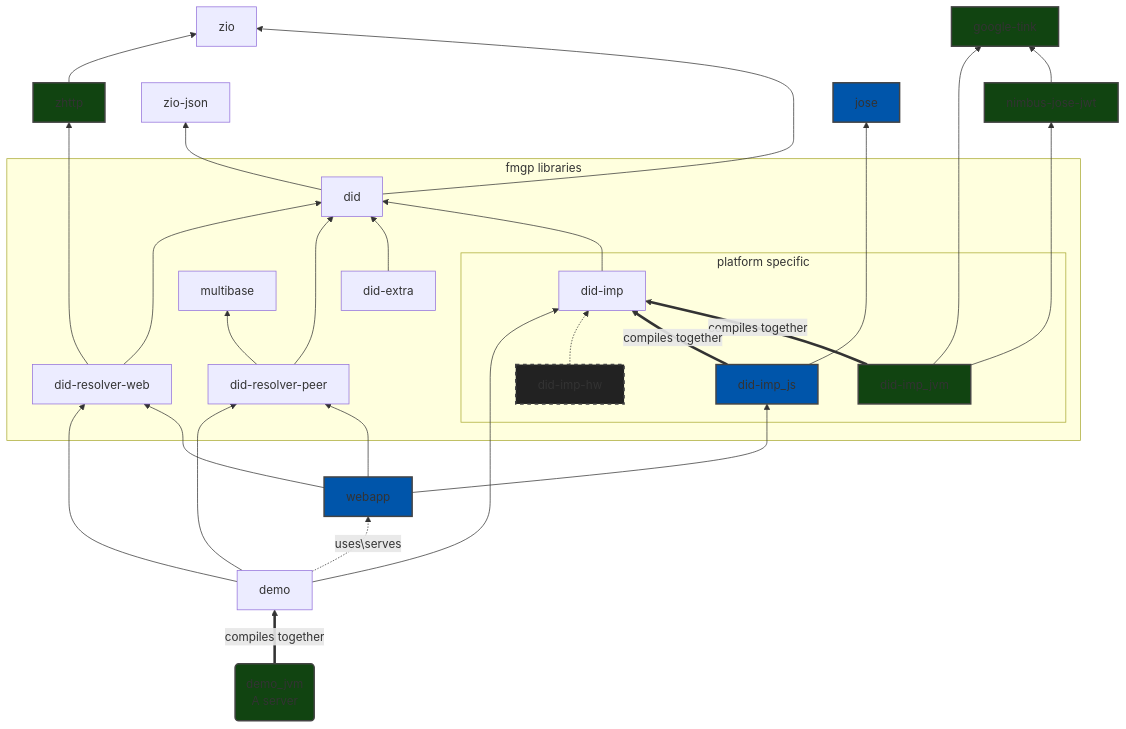
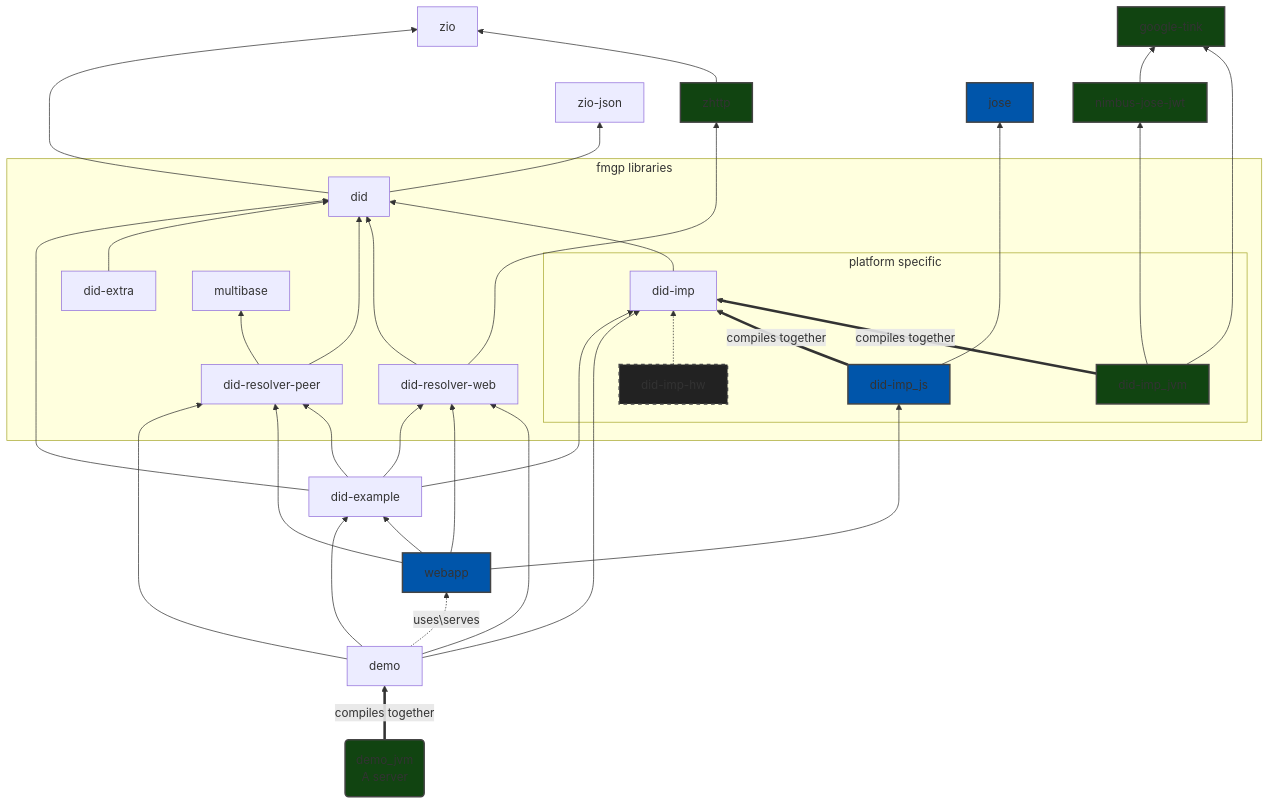
The diagram in README.md (hyperledger/identus-mediator), drawn with Mermaid before and after one commit.

Commit message:
Improve the Dependencies Graph
Improve the Dependencies Graph visually by minimizing the lines crossing

````diff
--- a/README.md
+++ b/README.md
@@ -87,47 +87,52 @@
 ```mermaid
 flowchart BT
 
   did --> zio
   zhttp --> zio
   did --> zio-json
-
   did-resolver-web ----> zhttp:::JVM
+  
+  did-example ----> did
+  did-example --> did-imp
+  did-example  --> did-resolver-web
+  demo --> did-imp 
 
   subgraph fmgp libraries
+    did-extra --> did
     subgraph platform specific
       did-imp
+      did-imp-hw:::Others -.-> did-imp
+      did-imp_js:::JS ==>|compiles together| did-imp
       did-imp_jvm:::JVM ==>|compiles together| did-imp
-      did-imp_js:::JS ==>|compiles together| did-imp
-      did-imp-hw:::Others -.-> did-imp
     end
-    did-imp --> did
-    did-extra --> did
-    %% did-imp_jvm:::JVM --> did
-    %% did-imp_js:::JS --> did
-    
     did-resolver-peer --> multibase
     did-resolver-peer --> did
     did-resolver-web --> did
+    did-imp --> did
   end
   
   did-imp_jvm:::JVM ----> nimbus-jose-jwt:::JVM --> google-tink:::JVM
   did-imp_jvm:::JVM ---> google-tink
 
   did-imp_js ----> jose:::JS
 
   %% subgraph demo/docs
+    
     webapp:::JS --> did-imp_js
     webapp:::JS  --> did-resolver-web
-    webapp:::JS  --> did-resolver-peer
+    demo  --> did-example
     demo --> did-resolver-web
     demo --> did-resolver-peer
-    demo --> did-imp 
     demo -.->|uses\serves| webapp
     demo_jvm(demo_jvm\nA server):::JVM ==>|compiles together| demo
+    webapp:::JS  --> did-resolver-peer
+    webapp:::JS  --> did-example
+    did-example  --> did-resolver-peer
+
   %% end
 
   classDef JVM fill:#141,stroke:#444,stroke-width:2px;
   classDef JS fill:#05a,stroke:#444,stroke-width:2px;
   classDef Others fill:#222,stroke:#444,stroke-width:2px,stroke-dasharray: 5 5;
 
 ```
````
